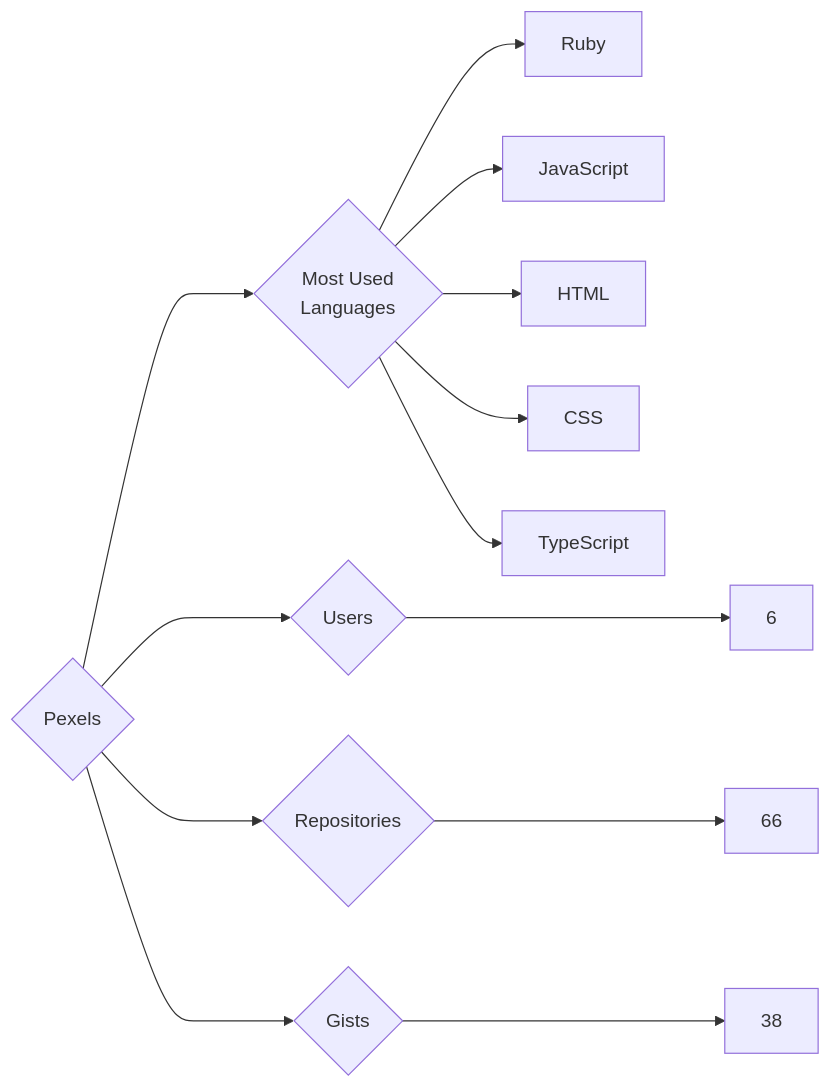
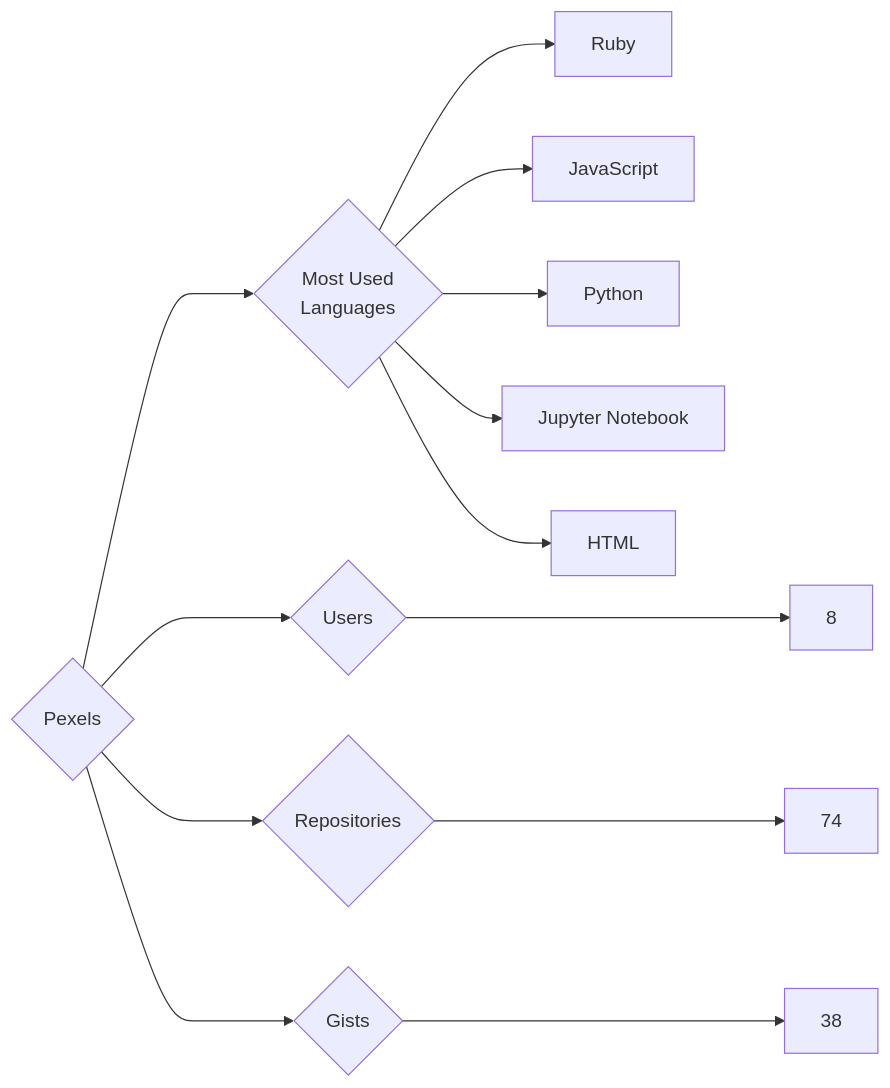
One commit to trickest/insiders changed the diagram in targets/Pexels/README.md. Above: the diagram before and after it, drawn with Mermaid. The commit also changed 860 other files, not shown here.

````diff
--- a/targets/Pexels/README.md
+++ b/targets/Pexels/README.md
@@ -3,13 +3,13 @@
 ```mermaid
 graph LR
 COMPANY_NAME{Pexels}
-COMPANY_NAME ---> U{Users} ---> UN[6]
-COMPANY_NAME ---> R{Repositories} ---> RN[66]
+COMPANY_NAME ---> U{Users} ---> UN[8]
+COMPANY_NAME ---> R{Repositories} ---> RN[74]
 COMPANY_NAME ---> G{Gists} ---> GN[38]
 COMPANY_NAME ---> ML{Most Used<br>Languages}
 ML --> Ruby[Ruby]
 ML --> JavaScript[JavaScript]
+ML --> Python[Python]
+ML --> Jupyter_Notebook[Jupyter Notebook]
 ML --> HTML[HTML]
-ML --> CSS[CSS]
-ML --> TypeScript[TypeScript]
 ```
````
